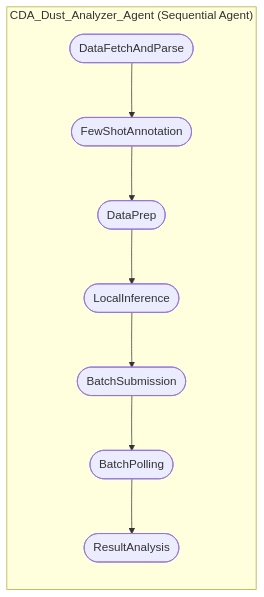
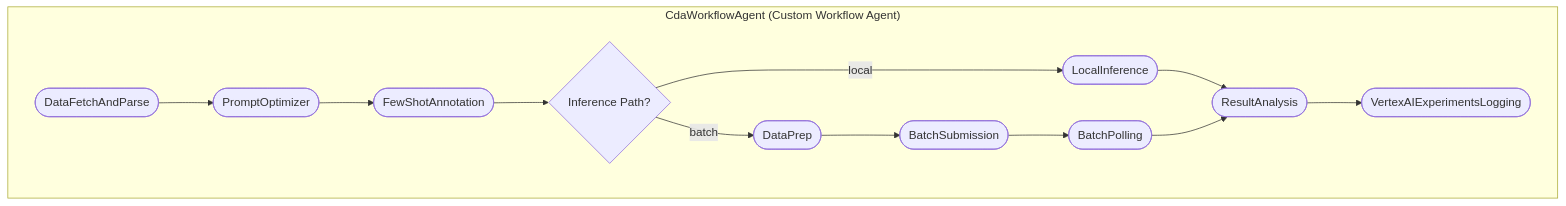
Before and after one commit to turanbulmus/cda-dust-analyzer: the diagram in README.md, drawn with Mermaid. The commit also changed other lines of this file and 14 other files, not shown here.

Commit message:
refactor: replace global shared state with context session and introduce custom workflow agent orchestration

````diff
--- a/README.md
+++ b/README.md
@@ -21,12 +21,20 @@
 ```mermaid
-flowchart LR
-    subgraph "CDA_Dust_Analyzer_Agent (Sequential Agent)"
-        DataFetchAndParse([DataFetchAndParse])
-        DataFetchAndParse --> FewShotAnnotation([FewShotAnnotation])
-        FewShotAnnotation --> DataPrep([DataPrep])
-        DataPrep --> LocalInference([LocalInference])
-        LocalInference --> BatchSubmission([BatchSubmission])
+flowchart TD
+    subgraph "CdaWorkflowAgent (Custom Workflow Agent)"
+        DataFetchAndParse([DataFetchAndParse]) --> PromptOptimizer([PromptOptimizer])
+        PromptOptimizer --> FewShotAnnotation([FewShotAnnotation])
+        
+        FewShotAnnotation --> Cond{Inference Path?}
+        
+        Cond -- "local" --> LocalInference([LocalInference])
+        Cond -- "batch" --> DataPrep([DataPrep])
+        
+        DataPrep --> BatchSubmission([BatchSubmission])
         BatchSubmission --> BatchPolling([BatchPolling])
-        BatchPolling --> ResultAnalysis([ResultAnalysis])
+        
+        LocalInference --> ResultAnalysis([ResultAnalysis])
+        BatchPolling --> ResultAnalysis
+        
+        ResultAnalysis --> VertexAIExperimentsLogging([VertexAIExperimentsLogging])
     end
 ```
````
